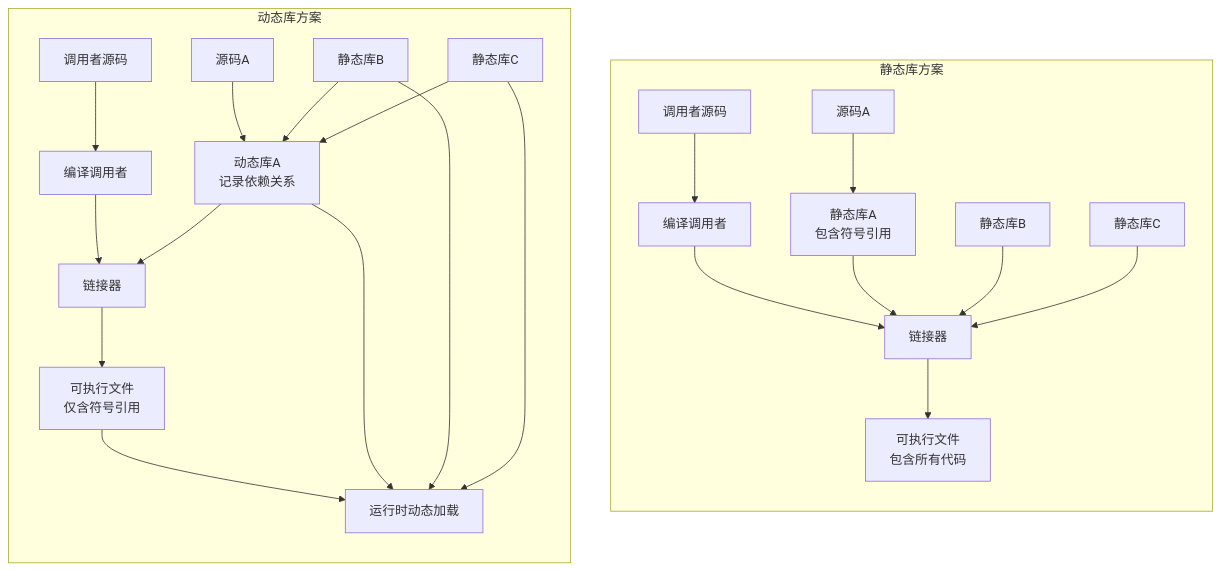
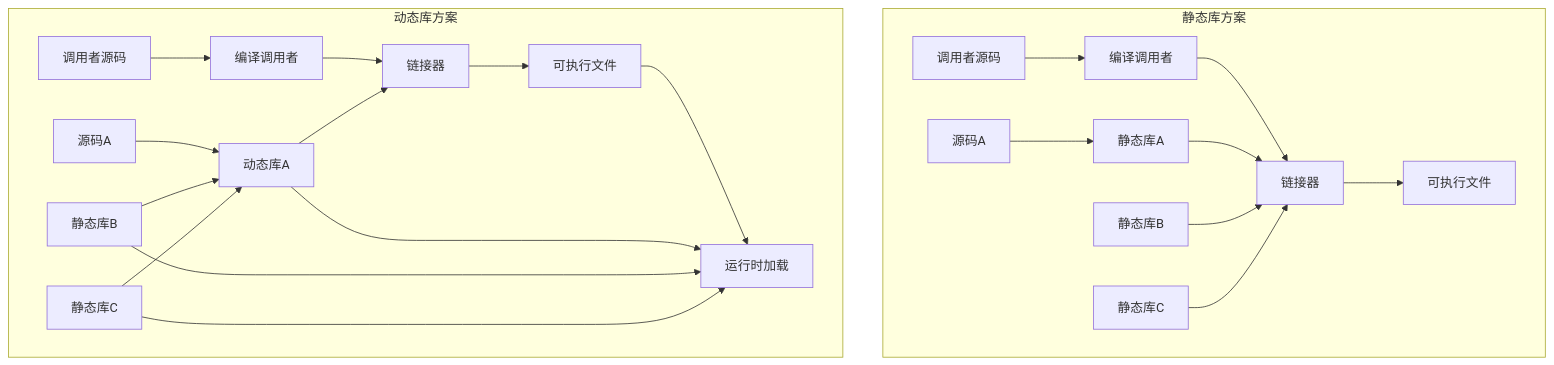
One commit to peterlau123/peterlau123.github.io changed the diagram in _posts/software_engineering/2024-11-13-一个编译链接的例子.md. Above: the diagram before and after it, drawn with Mermaid.

Commit message:
fix : fix mermaid syntax error

```diff
--- a/_posts/software_engineering/2024-11-13-一个编译链接的例子.md
+++ b/_posts/software_engineering/2024-11-13-一个编译链接的例子.md
@@ -15,28 +15,26 @@
 <div class="mermaid">
 flowchart TD
-    subgraph "静态库方案"
-        direction TB
-        A1["源码A"] --> B1["静态库A<br/>包含符号引用"]
-        C1["调用者源码"] --> D1["编译调用者"]
-        D1 --> E1["链接器"]
-        B1 --> E1
-        F1["静态库B"] --> E1
-        G1["静态库C"] --> E1
-        E1 --> H1["可执行文件<br/>包含所有代码"]
+    subgraph static["静态库方案"]
+        A1["源码A"]-->B1["静态库A"]
+        C1["调用者源码"]-->D1["编译调用者"]
+        D1-->E1["链接器"]
+        B1-->E1
+        F1["静态库B"]-->E1
+        G1["静态库C"]-->E1
+        E1-->H1["可执行文件"]
     end
 
-    subgraph "动态库方案"
-        direction TB
-        A2["源码A"] --> B2["动态库A<br/>记录依赖关系"]
-        F2["静态库B"] --> B2
-        G2["静态库C"] --> B2
-        C2["调用者源码"] --> D2["编译调用者"]
-        D2 --> E2["链接器"]
-        B2 --> E2
-        E2 --> H2["可执行文件<br/>仅含符号引用"]
-        H2 --> I2["运行时动态加载"]
-        B2 --> I2
-        F2 --> I2
-        G2 --> I2
+    subgraph dynamic["动态库方案"]
+        A2["源码A"]-->B2["动态库A"]
+        F2["静态库B"]-->B2
+        G2["静态库C"]-->B2
+        C2["调用者源码"]-->D2["编译调用者"]
+        D2-->E2["链接器"]
+        B2-->E2
+        E2-->H2["可执行文件"]
+        H2-->I2["运行时加载"]
+        B2-->I2
+        F2-->I2
+        G2-->I2
     end
 </div>
```
